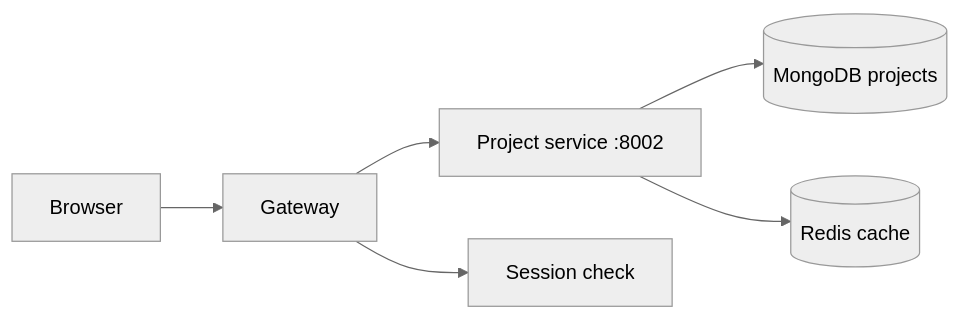
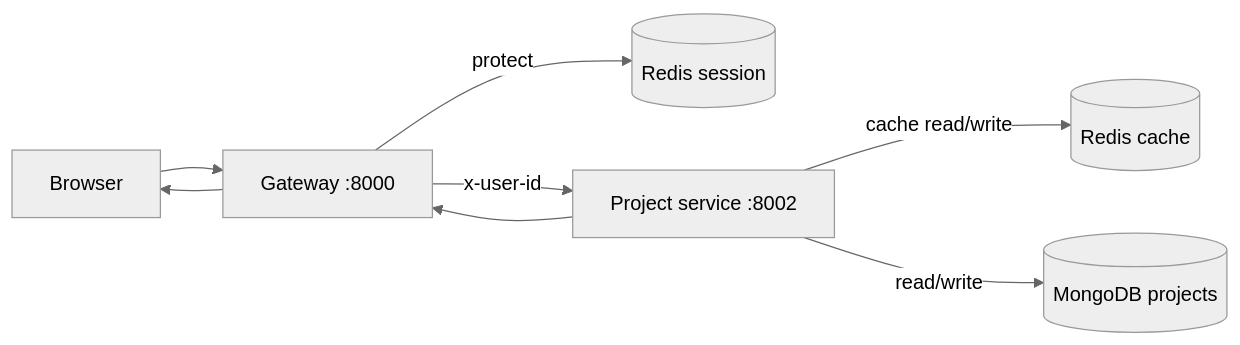
One commit to yamanhassan1/NexPulse changed the first of 2 diagrams in docs/backend/project-service.md. Above: the diagram before and after it, drawn with Mermaid (neutral theme). The commit also changed other lines of this file and 33 other files, not shown here.

Commit message:
docs: add contributing, deployment, troubleshooting, and reference guides; update roadmap

````diff
--- a/docs/backend/project-service.md
+++ b/docs/backend/project-service.md
@@ -20,8 +34,10 @@
 ```mermaid
 flowchart LR
-    B[Browser] --> G[Gateway]
-    G --> P[Project service :8002]
-    P --> M[(MongoDB projects)]
-    P --> R[(Redis cache)]
-    G --> S[Session check]
+    B["Browser"] --> G["Gateway :8000"]
+    G -->|"protect"| R[("Redis session")]
+    G -->|"x-user-id"| P["Project service :8002"]
+    P -->|"cache read/write"| RC[("Redis cache")]
+    P -->|"read/write"| M[("MongoDB projects")]
+    P --> G
+    G --> B
 ```
````
